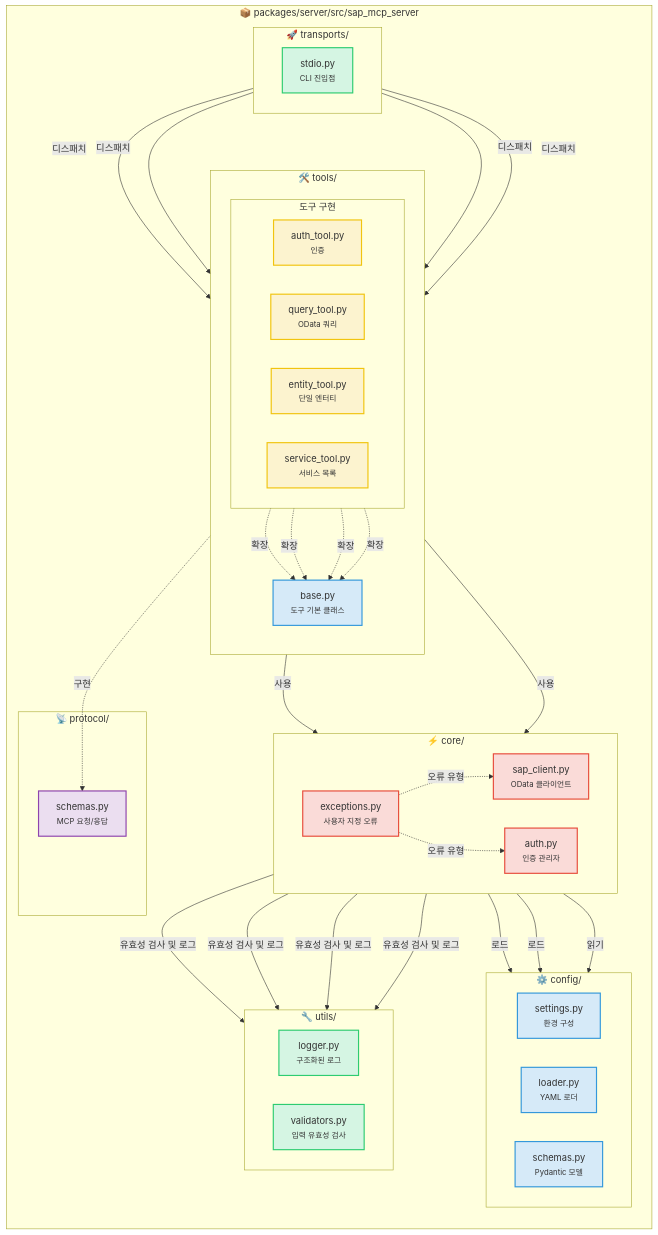
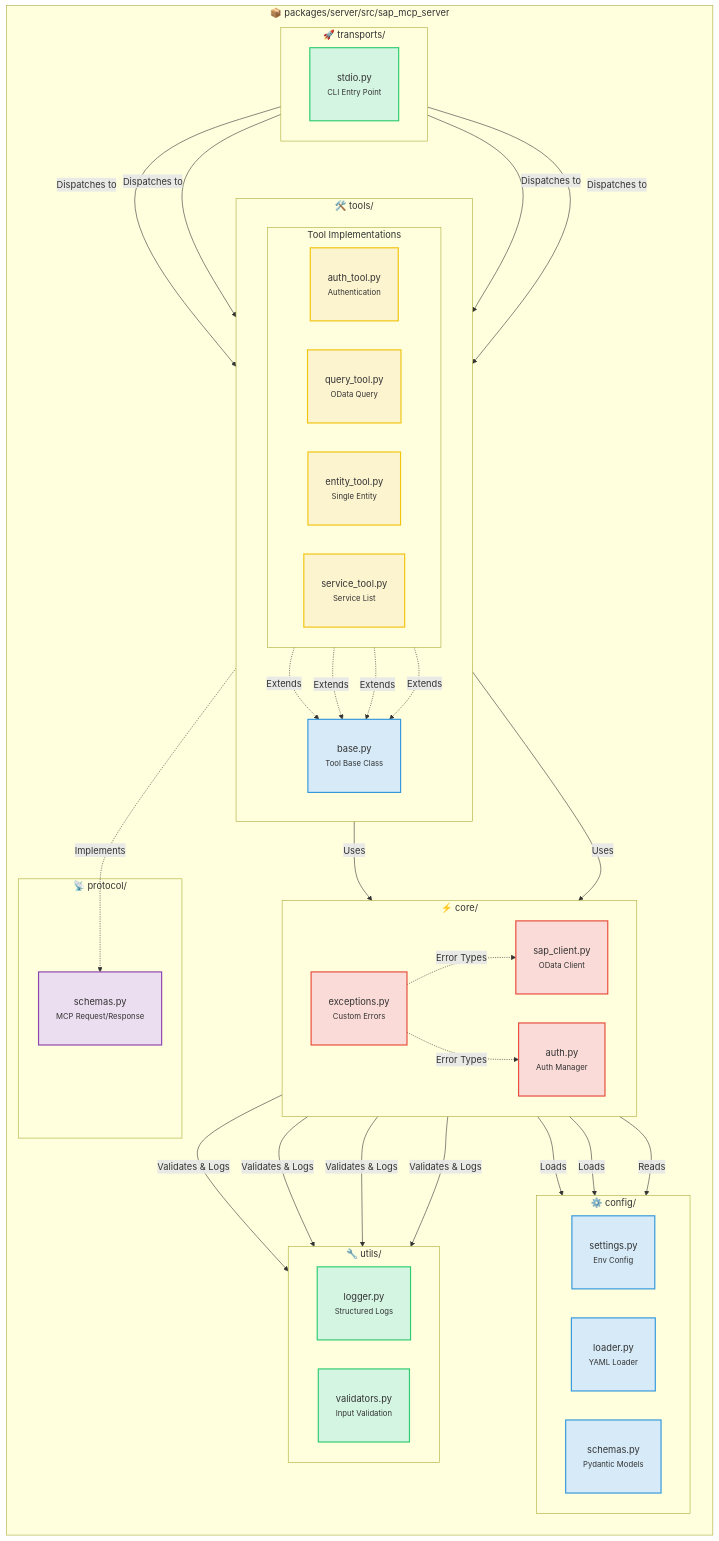
One commit to midasol/sap-mcp-server changed the second of 5 diagrams in README.ko.md. Above: the diagram before and after it, drawn with Mermaid. The commit also changed other lines of this file, not shown here.

````diff
--- a/README.ko.md
+++ b/README.ko.md
@@ -107,74 +115,74 @@
 ```mermaid
 graph TB
     subgraph pkg["📦 packages/server/src/sap_mcp_server"]
         direction TB
 
         subgraph trans["🚀 transports/"]
             direction LR
-            T1["stdio.py<br/><small>CLI 진입점</small>"]
+            T1["stdio.py<br/><small>CLI Entry Point</small>"]
         end
 
         subgraph tools["🛠️ tools/"]
             direction TB
-            TO5["base.py<br/><small>도구 기본 클래스</small>"]
+            TO5["base.py<br/><small>Tool Base Class</small>"]
 
-            subgraph toolImpl["도구 구현"]
+            subgraph toolImpl["Tool Implementations"]
                 direction LR
-                TO1["auth_tool.py<br/><small>인증</small>"]
-                TO2["query_tool.py<br/><small>OData 쿼리</small>"]
-                TO3["entity_tool.py<br/><small>단일 엔터티</small>"]
-                TO4["service_tool.py<br/><small>서비스 목록</small>"]
+                TO1["auth_tool.py<br/><small>Authentication</small>"]
+                TO2["query_tool.py<br/><small>OData Query</small>"]
+                TO3["entity_tool.py<br/><small>Single Entity</small>"]
+                TO4["service_tool.py<br/><small>Service List</small>"]
             end
         end
 
         subgraph core["⚡ core/"]
             direction LR
-            C1["sap_client.py<br/><small>OData 클라이언트</small>"]
-            C2["auth.py<br/><small>인증 관리자</small>"]
-            C3["exceptions.py<br/><small>사용자 지정 오류</small>"]
+            C1["sap_client.py<br/><small>OData Client</small>"]
+            C2["auth.py<br/><small>Auth Manager</small>"]
+            C3["exceptions.py<br/><small>Custom Errors</small>"]
         end
 
         subgraph config["⚙️ config/"]
             direction LR
-            CF1["settings.py<br/><small>환경 구성</small>"]
-            CF2["loader.py<br/><small>YAML 로더</small>"]
-            CF3["schemas.py<br/><small>Pydantic 모델</small>"]
+            CF1["settings.py<br/><small>Env Config</small>"]
+            CF2["loader.py<br/><small>YAML Loader</small>"]
+            CF3["schemas.py<br/><small>Pydantic Models</small>"]
         end
 
         subgraph utils["🔧 utils/"]
             direction LR
-            U1["logger.py<br/><small>구조화된 로그</small>"]
-            U2["validators.py<br/><small>입력 유효성 검사</small>"]
+            U1["logger.py<br/><small>Structured Logs</small>"]
+            U2["validators.py<br/><small>Input Validation</small>"]
         end
 
         subgraph protocol["📡 protocol/"]
-            P1["schemas.py<br/><small>MCP 요청/응답</small>"]
+            P1["schemas.py<br/><small>MCP Request/Response</small>"]
         end
     end
 
-    T1 -->|디스패치| TO1 & TO2 & TO3 & TO4
-    TO1 & TO2 & TO3 & TO4 -.->|확장| TO5
-    TO5 -->|사용| C1 & C2
-    C1 -->|로드| CF1 & CF2
-    C2 -->|읽기| CF1
-    C1 & C2 -->|유효성 검사 및 로그| U1 & U2
-    TO5 -.->|구현| P1
-    C3 -.->|오류 유형| C1 & C2
+    T1 -->|Dispatches to| TO1 & TO2 & TO3 & TO4
+    TO1 & TO2 & TO3 & TO4 -.->|Extends| TO5
+    TO5 -->|Uses| C1 & C2
+    C1 -->|Loads| CF1 & CF2
+    C2 -->|Reads| CF1
+    C1 & C2 -->|Validates & Logs| U1 & U2
+    TO5 -.->|Implements| P1
+    C3 -.->|Error Types| C1 & C2
 
-    classDef transportNode fill:#D5F5E3,stroke:#2ECC71,stroke-width:2px
+    classDef transportNode fill:#D5F5E3,stroke:#2ECC71,stroke-width:2px,padding:18px
     classDef futureNode fill:#E8E8E8,stroke:#999999,stroke-width:2px,stroke-dasharray:5 5
-    classDef toolNode fill:#FCF3CF,stroke:#F1C40F,stroke-width:2px
-    classDef baseNode fill:#D6EAF8,stroke:#3498DB,stroke-width:2px
-    classDef coreNode fill:#FADBD8,stroke:#E74C3C,stroke-width:2px
-    classDef configNode fill:#D6EAF8,stroke:#3498DB,stroke-width:2px
-    classDef utilNode fill:#D5F5E3,stroke:#2ECC71,stroke-width:2px
-    classDef protocolNode fill:#EBDEF0,stroke:#8E44AD,stroke-width:2px
+    classDef toolNode fill:#FCF3CF,stroke:#F1C40F,stroke-width:2px,padding:18px
+    classDef baseNode fill:#D6EAF8,stroke:#3498DB,stroke-width:2px,padding:18px
+    classDef coreNode fill:#FADBD8,stroke:#E74C3C,stroke-width:2px,padding:18px
+    classDef configNode fill:#D6EAF8,stroke:#3498DB,stroke-width:2px,padding:18px
+    classDef utilNode fill:#D5F5E3,stroke:#2ECC71,stroke-width:2px,padding:18px
+    classDef protocolNode fill:#EBDEF0,stroke:#8E44AD,stroke-width:2px,padding:18px
 
     class T1 transportNode
     class TO1,TO2,TO3,TO4 toolNode
     class TO5 baseNode
     class C1,C2,C3 coreNode
     class CF1,CF2,CF3 configNode
     class U1,U2 utilNode
     class P1 protocolNode
 ```
````
